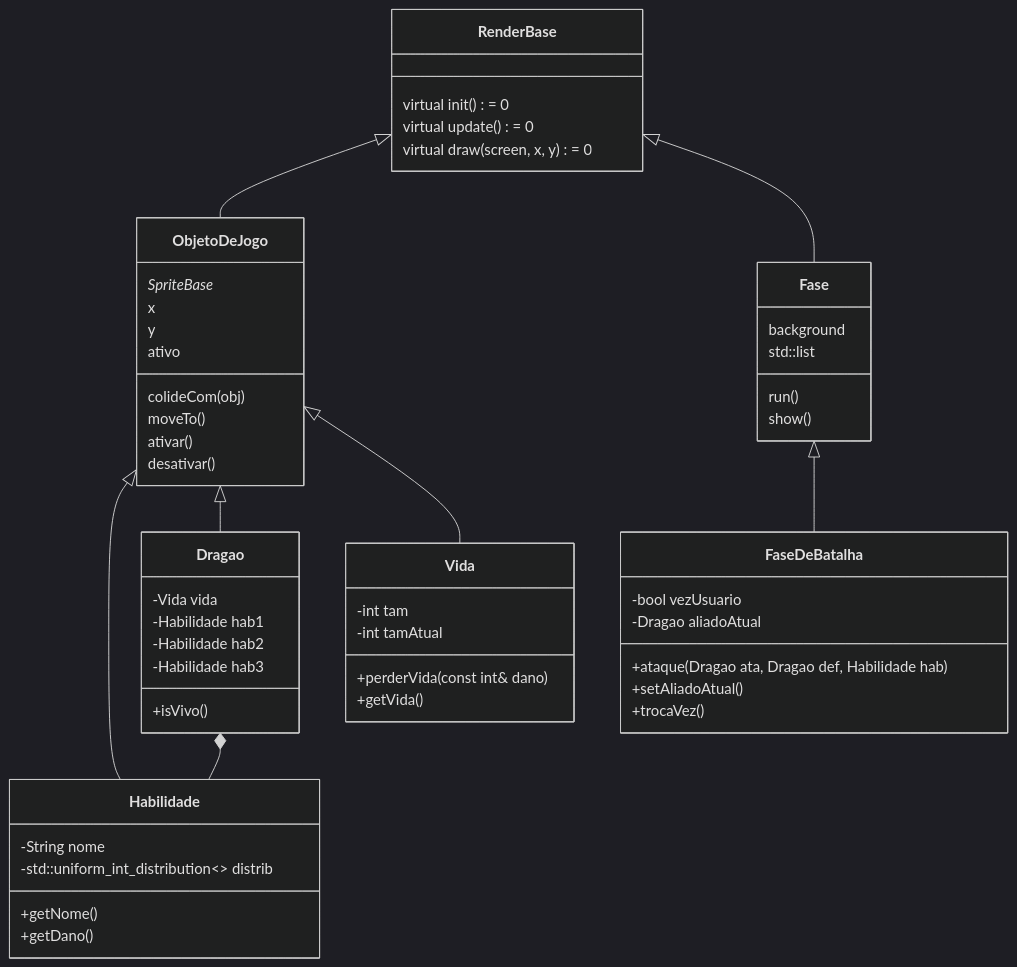
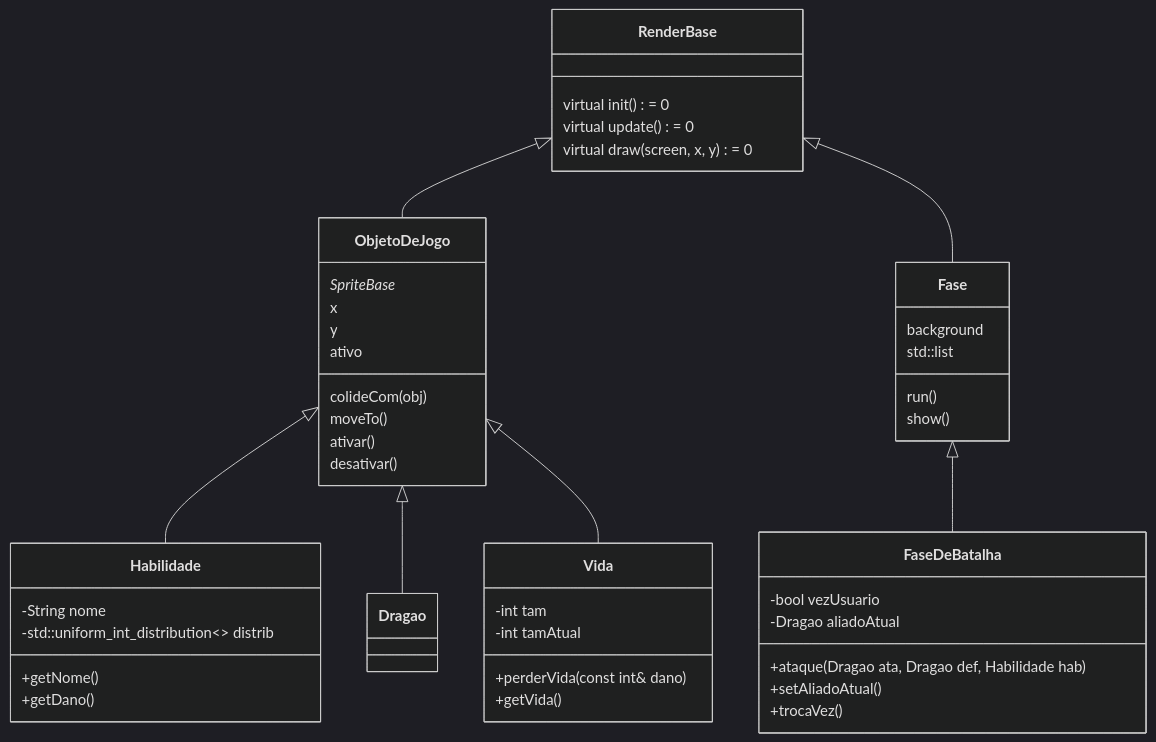
The diagram in uml.md (JeffersonAmorimdaCosta/projeto_poo), drawn with Mermaid (dark theme) before and after one commit. The commit also changed 28 other files, not shown here.

````diff
--- a/uml.md
+++ b/uml.md
@@ -1,68 +1,62 @@
 ```mermaid
 classDiagram
     class RenderBase {
         virtual init() = 0
         virtual update() = 0
         virtual draw(screen, x, y) = 0
     }
 
     class ObjetoDeJogo {
         SpriteBase*
         x
         y
         ativo
         colideCom(obj)
         moveTo()
         ativar()
         desativar()
     }
 
     class Fase {
         background
         std::list<ObjetoDeJogo*>
         run()
         show()
     }
 
     class Dragao {
-        -Vida vida
-        -Habilidade hab1
-        -Habilidade hab2
-        -Habilidade hab3
-        +isVivo()
+
     }
 
     class Habilidade {
         -String nome
         -std::uniform_int_distribution<> distrib
         +getNome()
         +getDano()
     }
 
     class Vida {
         -int tam
         -int tamAtual
         +perderVida(const int& dano)
         +getVida()
     }
 
 
     class FaseDeBatalha {
         -bool vezUsuario
         -Dragao aliadoAtual
         +ataque(Dragao ata, Dragao def, Habilidade hab)   
         +setAliadoAtual()
         +trocaVez()
     }
 
     RenderBase <|-- ObjetoDeJogo
     RenderBase <|-- Fase
 
     ObjetoDeJogo <|-- Habilidade
     ObjetoDeJogo <|-- Dragao
     ObjetoDeJogo <|-- Vida
 
     Fase <|-- FaseDeBatalha
-
-    Dragao *-- Habilidade
 ```
````
